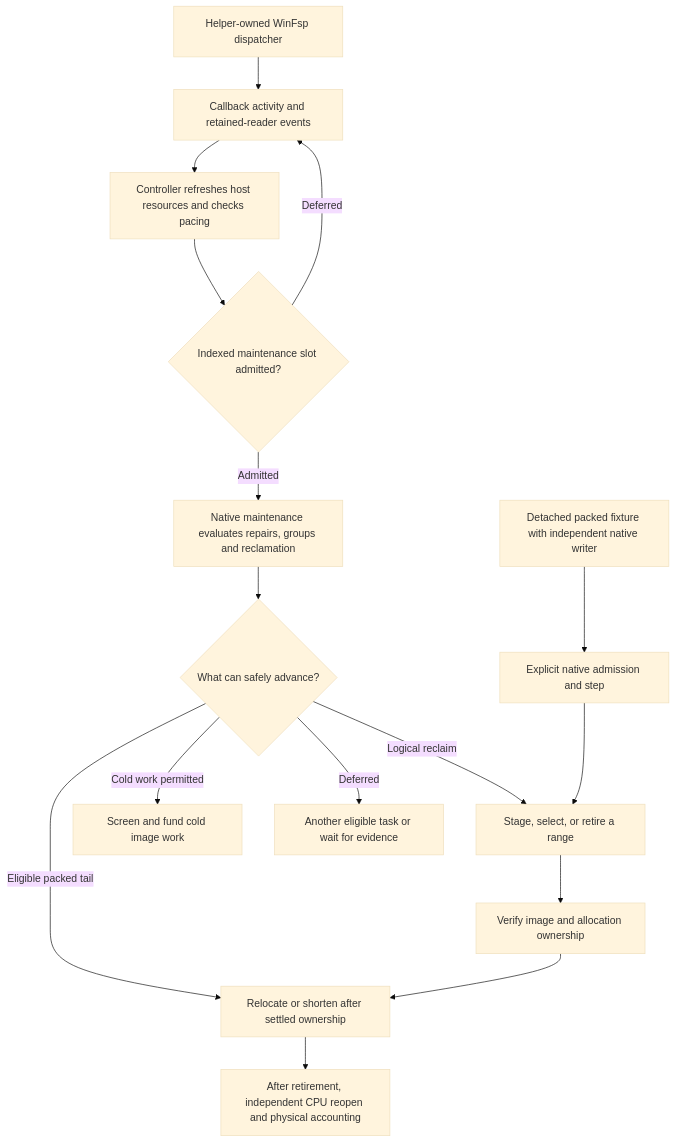
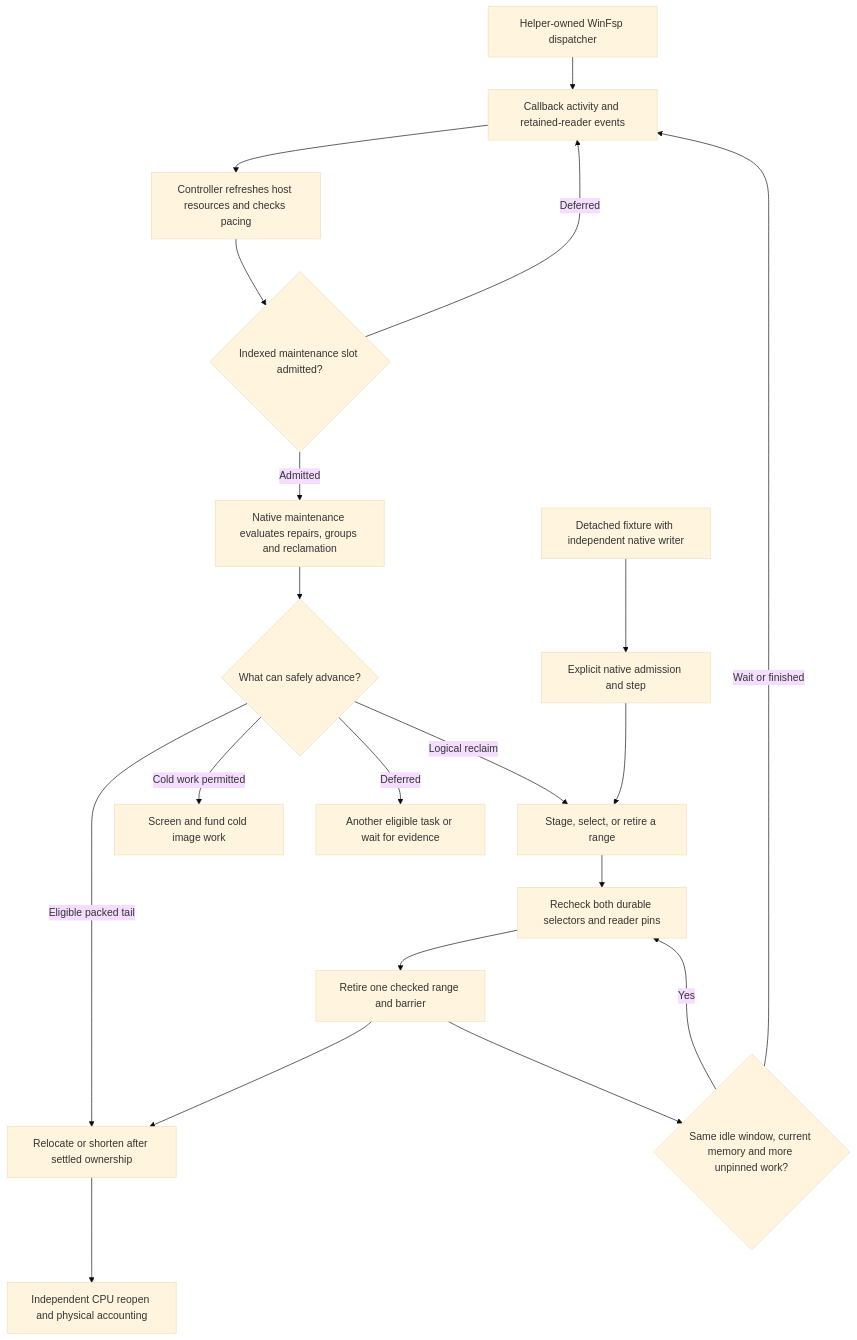
One commit to strmt7/FlitzFS changed diagram 12 of 15 in docs/architecture/CURRENT.md. Above: the diagram before and after it, drawn with Mermaid (base theme). The commit also changed other lines of this file and 19 other files, not shown here.

First line of the commit message:
Continue safe volume retirement within an idle window

````diff
--- a/docs/architecture/CURRENT.md
+++ b/docs/architecture/CURRENT.md
@@ -404,18 +406,22 @@
 ```mermaid
 flowchart TD
     App["Helper-owned WinFsp dispatcher"] --> Event["Callback activity and retained-reader events"]
     Event --> Scheduler["Controller refreshes host resources and checks pacing"]
     Scheduler --> Slot{"Indexed maintenance slot admitted?"}
     Slot -->|Deferred| Event
     Slot -->|Admitted| Native["Native maintenance evaluates repairs, groups and reclamation"]
     Native --> Phase{"What can safely advance?"}
     Phase -->|Logical reclaim| Advance["Stage, select, or retire a range"]
     Phase -->|Eligible packed tail| Release["Relocate or shorten after settled ownership"]
     Phase -->|Cold work permitted| Screen["Screen and fund cold image work"]
     Phase -->|Deferred| Idle["Another eligible task or wait for evidence"]
-    Advance --> Ownership["Verify image and allocation ownership"]
-    Ownership --> Release
-    Detach["Detached packed fixture with independent native writer"] --> Direct["Explicit native admission and step"]
+    Advance --> Ownership["Recheck both durable selectors and reader pins"]
+    Ownership --> Chunk["Retire one checked range and barrier"]
+    Chunk --> More{"Same idle window, current memory and more unpinned work?"}
+    More -->|Yes| Ownership
+    More -->|Wait or finished| Event
+    Detach["Detached fixture with independent native writer"] --> Direct["Explicit native admission and step"]
     Direct --> Advance
-    Release --> Verify["After retirement, independent CPU reopen and physical accounting"]
+    Chunk --> Release
+    Release --> Verify["Independent CPU reopen and physical accounting"]
 ```
````
